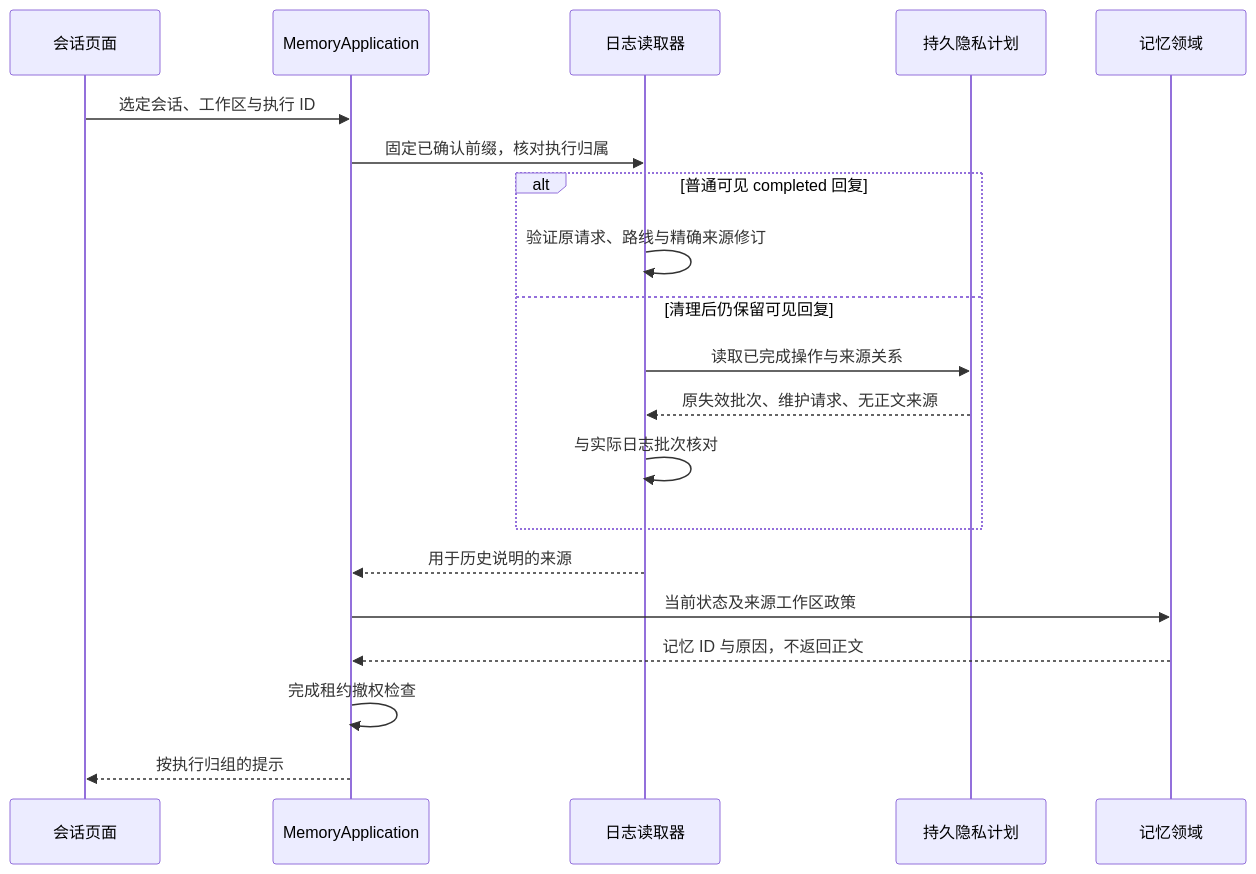
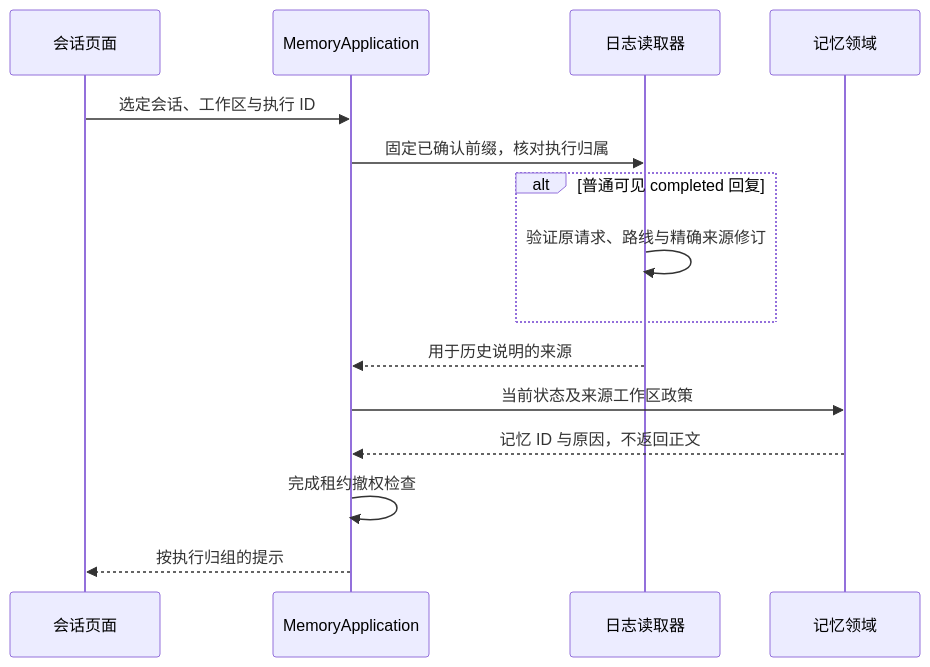
Before and after one commit to alwynou/mira: the second of 2 diagrams in docs/architecture/AGENT_MEMORY_HISTORY.md, drawn with Mermaid. The commit also changed other lines of this file and 290 other files, not shown here.

````diff
--- a/docs/architecture/AGENT_MEMORY_HISTORY.md
+++ b/docs/architecture/AGENT_MEMORY_HISTORY.md
@@ -44,22 +38,17 @@
 ```mermaid
 sequenceDiagram
     participant UI as 会话页面
     participant M as MemoryApplication
     participant J as 日志读取器
-    participant P as 持久隐私计划
     participant D as 记忆领域
     UI->>M: 选定会话、工作区与执行 ID
     M->>J: 固定已确认前缀，核对执行归属
     alt 普通可见 completed 回复
         J->>J: 验证原请求、路线与精确来源修订
-    else 清理后仍保留可见回复
-        J->>P: 读取已完成操作与来源关系
-        P-->>J: 原失效批次、维护请求、无正文来源
-        J->>J: 与实际日志批次核对
     end
     J-->>M: 用于历史说明的来源
     M->>D: 当前状态及来源工作区政策
     D-->>M: 记忆 ID 与原因，不返回正文
     M->>M: 完成租约撤权检查
     M-->>UI: 按执行归组的提示
 ```
````
